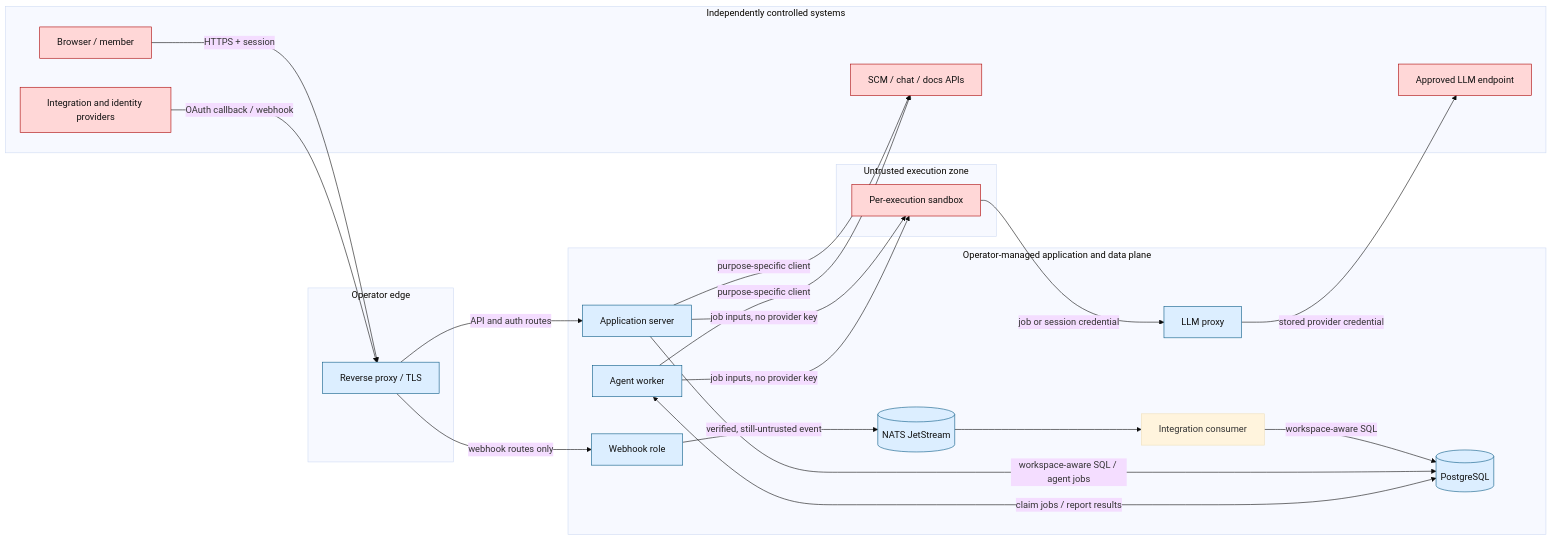
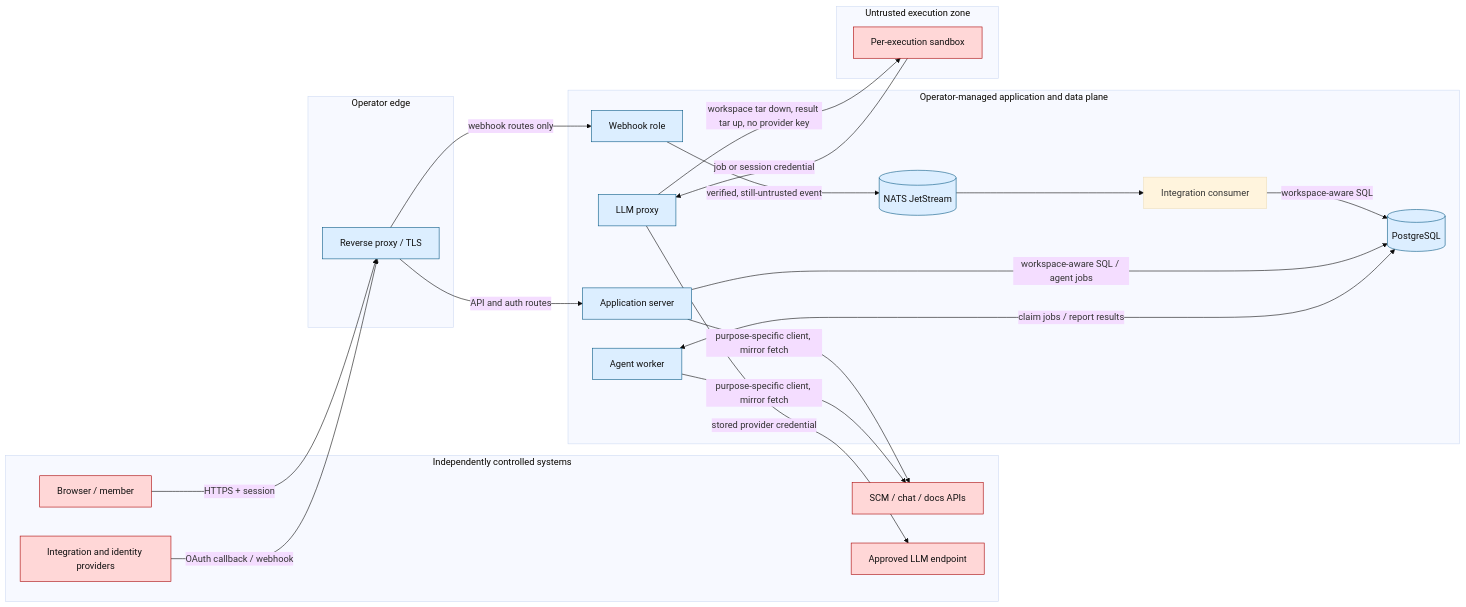
One commit to hephaestus-build/Hephaestus changed the diagram in docs/admin/threat-model.mdx. Above: the diagram before and after it, drawn with Mermaid (base theme). The commit also changed other lines of this file and 682 other files, not shown here.

````diff
--- a/docs/admin/threat-model.mdx
+++ b/docs/admin/threat-model.mdx
@@ -29,51 +29,50 @@
 ```mermaid
 flowchart LR
 accTitle: Hephaestus security data flow
-accDescr: The diagram separates independently controlled systems, the operator edge, the Hephaestus application and data plane, and untrusted sandbox execution. Users and providers cross the edge into application and webhook roles. Verified events enter JetStream, services access PostgreSQL, and sandboxes call the application-hosted LLM proxy.
+accDescr: The diagram separates independently controlled systems, the operator edge, the Hephaestus application and data plane, and untrusted sandbox execution. Users and providers cross the edge into application and webhook roles. Verified events enter JetStream, services access PostgreSQL, sandboxes exchange inputs, results and model requests with the worker's sandbox gateway, and the server and worker fetch repository mirrors from the SCM provider in-process.
 
   subgraph INTERNET[Independently controlled systems]
     U[Browser / member]
     V[Integration and identity providers]
     X[SCM / chat / docs APIs]
     M[Approved LLM endpoint]
   end
 
   subgraph EDGE[Operator edge]
     P[Reverse proxy / TLS]
   end
 
   subgraph PLANE[Operator-managed application and data plane]
     A[Application server]
     W[Webhook role]
     I[Integration consumer]
     C[Agent worker]
     L[LLM proxy]
     N[(NATS JetStream)]
     DB[(PostgreSQL)]
   end
 
   subgraph EXECUTION[Untrusted execution zone]
     S[Per-execution sandbox]
   end
 
   U -->|HTTPS + session| P
   V -->|OAuth callback / webhook| P
   P -->|API and auth routes| A
   P -->|webhook routes only| W
   W -->|verified, still-untrusted event| N
   N --> I
   I -->|workspace-aware SQL| DB
   A -->|workspace-aware SQL / agent jobs| DB
   C <-->|claim jobs / report results| DB
-  A -->|job inputs, no provider key| S
-  C -->|job inputs, no provider key| S
   S -->|job or session credential| L
+  L -->|workspace tar down, result tar up, no provider key| S
   L -->|stored provider credential| M
-  A -->|purpose-specific client| X
-  C -->|purpose-specific client| X
+  A -->|purpose-specific client, mirror fetch| X
+  C -->|purpose-specific client, mirror fetch| X
 
   classDef external fill:#ffd7d7,stroke:#a00,color:#111
   classDef managed fill:#dceeff,stroke:#075985,color:#111
   class U,V,X,M,S external
   class P,A,W,C,L,N,DB managed
 ```
````
